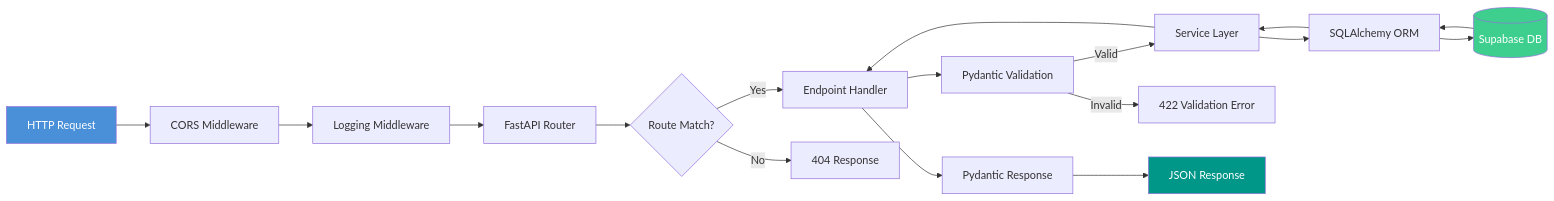
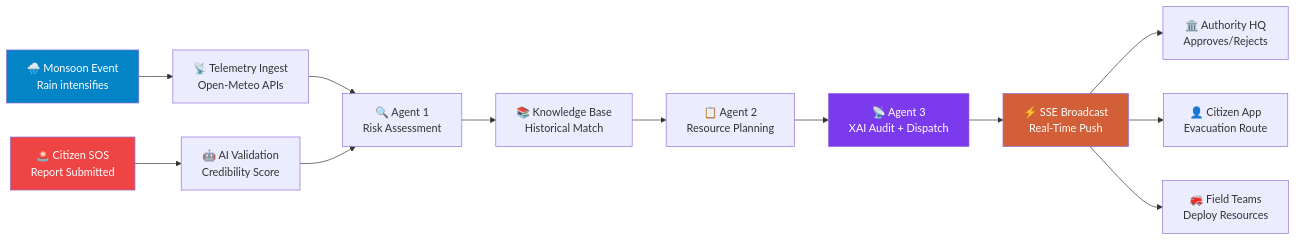
Before and after one commit to goprocker/ResponseSync: the third of 4 diagrams in README.md, drawn with Mermaid. The commit also changed other lines of this file and 1 other file, not shown here.

Commit message:
docs(architecture): update README and fix dashboard tab routing

````diff
--- a/README.md
+++ b/README.md
@@ -168,23 +299,20 @@
 ```mermaid
 flowchart LR
-    A["HTTP Request"] --> B["CORS Middleware"]
-    B --> C["Logging Middleware"]
-    C --> D["FastAPI Router"]
-    D --> E{"Route Match?"}
-    E -->|Yes| F["Endpoint Handler"]
-    E -->|No| G["404 Response"]
-    F --> H["Pydantic Validation"]
-    H -->|Valid| I["Service Layer"]
-    H -->|Invalid| J["422 Validation Error"]
-    I --> K["SQLAlchemy ORM"]
-    K --> L[("Supabase DB")]
-    L --> K
-    K --> I
-    I --> F
-    F --> M["Pydantic Response"]
-    M --> N["JSON Response"]
+    A["🌧️ Monsoon Event<br/>Rain intensifies"] --> B["📡 Telemetry Ingest<br/>Open-Meteo APIs"]
+    B --> C["🔍 Agent 1<br/>Risk Assessment"]
+    C --> D["📚 Knowledge Base<br/>Historical Match"]
+    D --> E["📋 Agent 2<br/>Resource Planning"]
+    E --> F["📡 Agent 3<br/>XAI Audit + Dispatch"]
+    F --> G["⚡ SSE Broadcast<br/>Real-Time Push"]
+    G --> H["🏛️ Authority HQ<br/>Approves/Rejects"]
+    G --> I["👤 Citizen App<br/>Evacuation Route"]
+    G --> J["🚒 Field Teams<br/>Deploy Resources"]
 
-    style A fill:#4A90D9,color:#fff
-    style L fill:#3ECF8E,color:#fff
-    style N fill:#009688,color:#fff
+    K["🚨 Citizen SOS<br/>Report Submitted"] --> L["🤖 AI Validation<br/>Credibility Score"]
+    L --> C
+
+    style A fill:#0284c7,color:#fff
+    style F fill:#7c3aed,color:#fff
+    style G fill:#d25f38,color:#fff
+    style K fill:#ef4444,color:#fff
 ```
````
